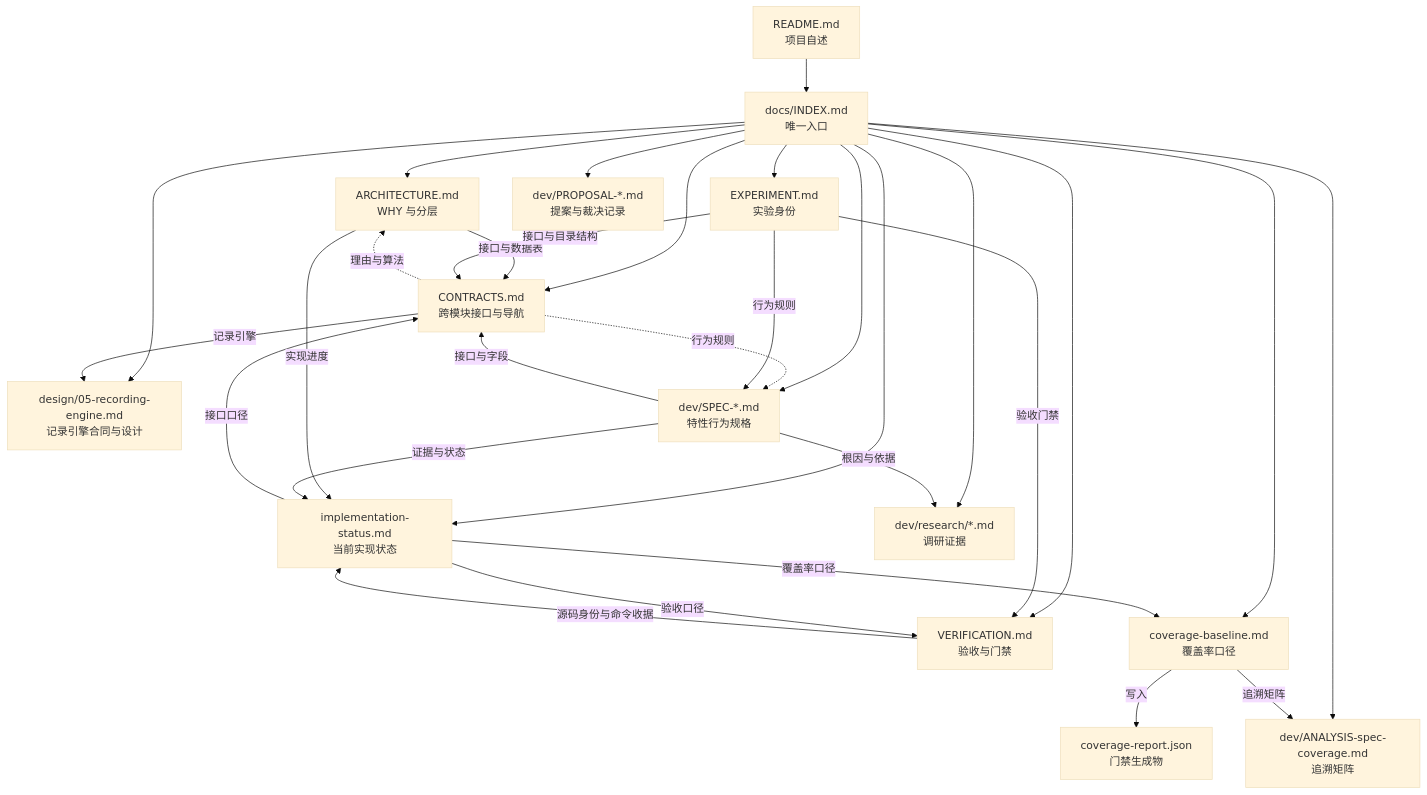
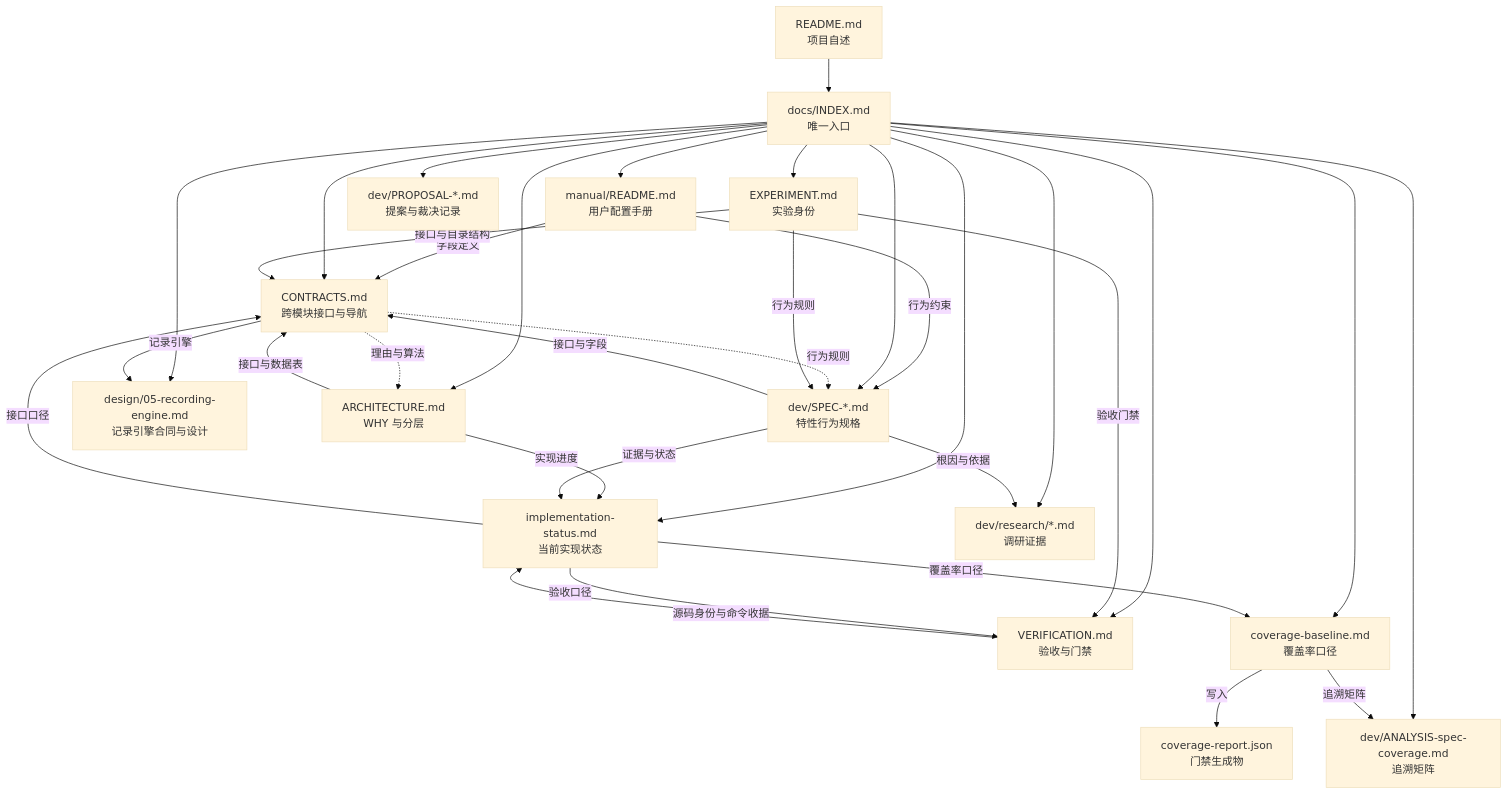
One commit to HoldThatThgt/WorldMock changed the diagram in docs/INDEX.md. Above: the diagram before and after it, drawn with Mermaid (base theme). The commit also changed other lines of this file and 10 other files, not shown here.

````diff
--- a/docs/INDEX.md
+++ b/docs/INDEX.md
@@ -135,47 +154,51 @@
 ```mermaid
 flowchart TB
     README["README.md<br/>项目自述"]
     IDX["docs/INDEX.md<br/>唯一入口"]
+    MANUAL["manual/README.md<br/>用户配置手册"]
     ARCH["ARCHITECTURE.md<br/>WHY 与分层"]
     CON["CONTRACTS.md<br/>跨模块接口与导航"]
     RECORD["design/05-recording-engine.md<br/>记录引擎合同与设计"]
     EXP["EXPERIMENT.md<br/>实验身份"]
     VER["VERIFICATION.md<br/>验收与门禁"]
     IMPL["implementation-status.md<br/>当前实现状态"]
     COV["coverage-baseline.md<br/>覆盖率口径"]
     REP["coverage-report.json<br/>门禁生成物"]
     SPEC["dev/SPEC-*.md<br/>特性行为规格"]
     PROP["dev/PROPOSAL-*.md<br/>提案与裁决记录"]
     RES["dev/research/*.md<br/>调研证据"]
     ANA["dev/ANALYSIS-spec-coverage.md<br/>追溯矩阵"]
 
     README --> IDX
+    IDX --> MANUAL
+    MANUAL -->|"字段定义"| CON
+    MANUAL -->|"行为约束"| SPEC
     IDX --> ARCH
     IDX --> RECORD
     CON -->|"记录引擎"| RECORD
     IDX --> CON
     IDX --> EXP
     IDX --> VER
     IDX --> IMPL
     IDX --> COV
     IDX --> SPEC
     IDX --> PROP
     IDX --> RES
     IDX --> ANA
     ARCH -->|"接口与数据表"| CON
     ARCH -->|"实现进度"| IMPL
     CON -.->|"理由与算法"| ARCH
     CON -.->|"行为规则"| SPEC
     EXP -->|"接口与目录结构"| CON
     EXP -->|"行为规则"| SPEC
     EXP -->|"验收门禁"| VER
     VER -->|"源码身份与命令收据"| IMPL
     IMPL -->|"接口口径"| CON
     IMPL -->|"验收口径"| VER
     IMPL -->|"覆盖率口径"| COV
     COV -->|"追溯矩阵"| ANA
     COV -->|"写入"| REP
     SPEC -->|"接口与字段"| CON
     SPEC -->|"证据与状态"| IMPL
     SPEC -->|"根因与依据"| RES
 ```
````
